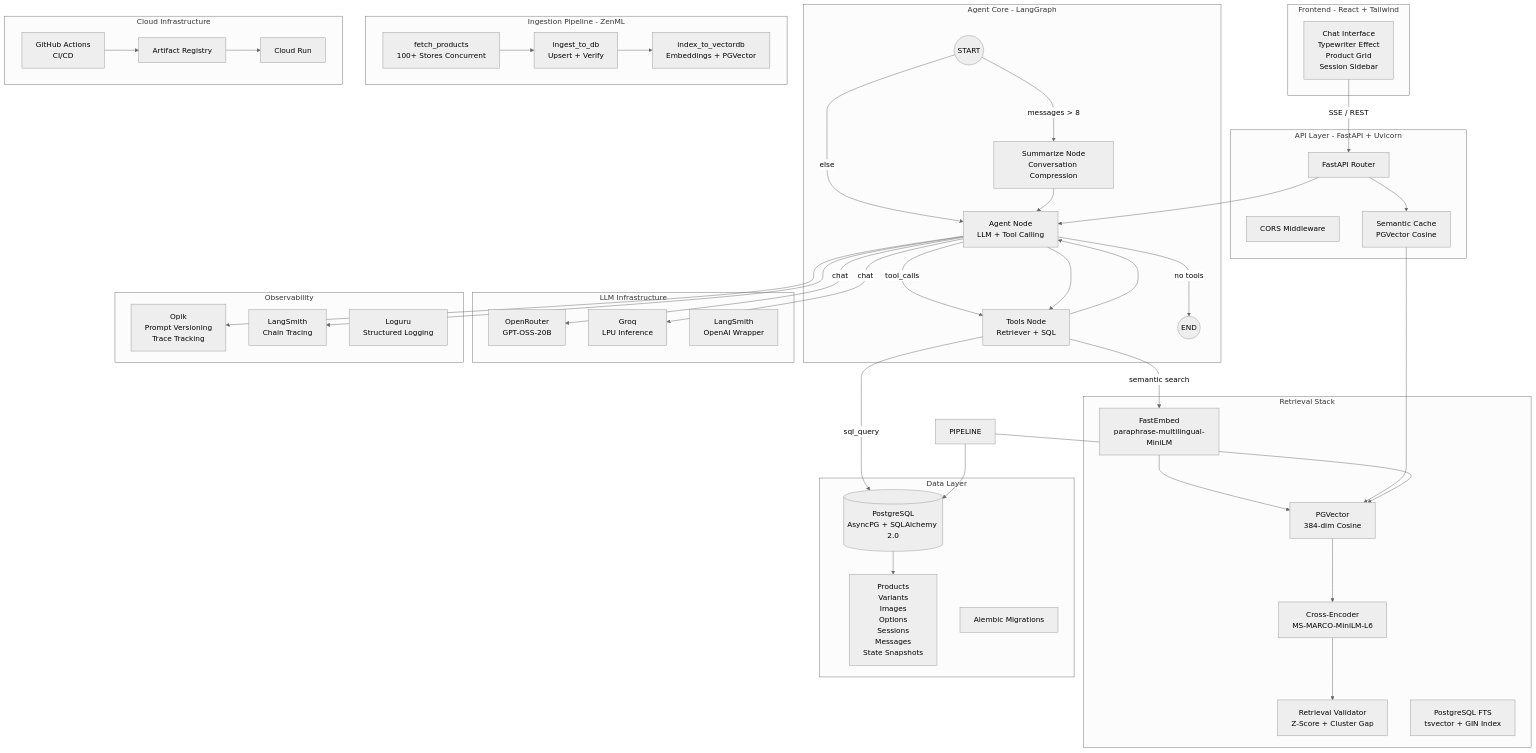
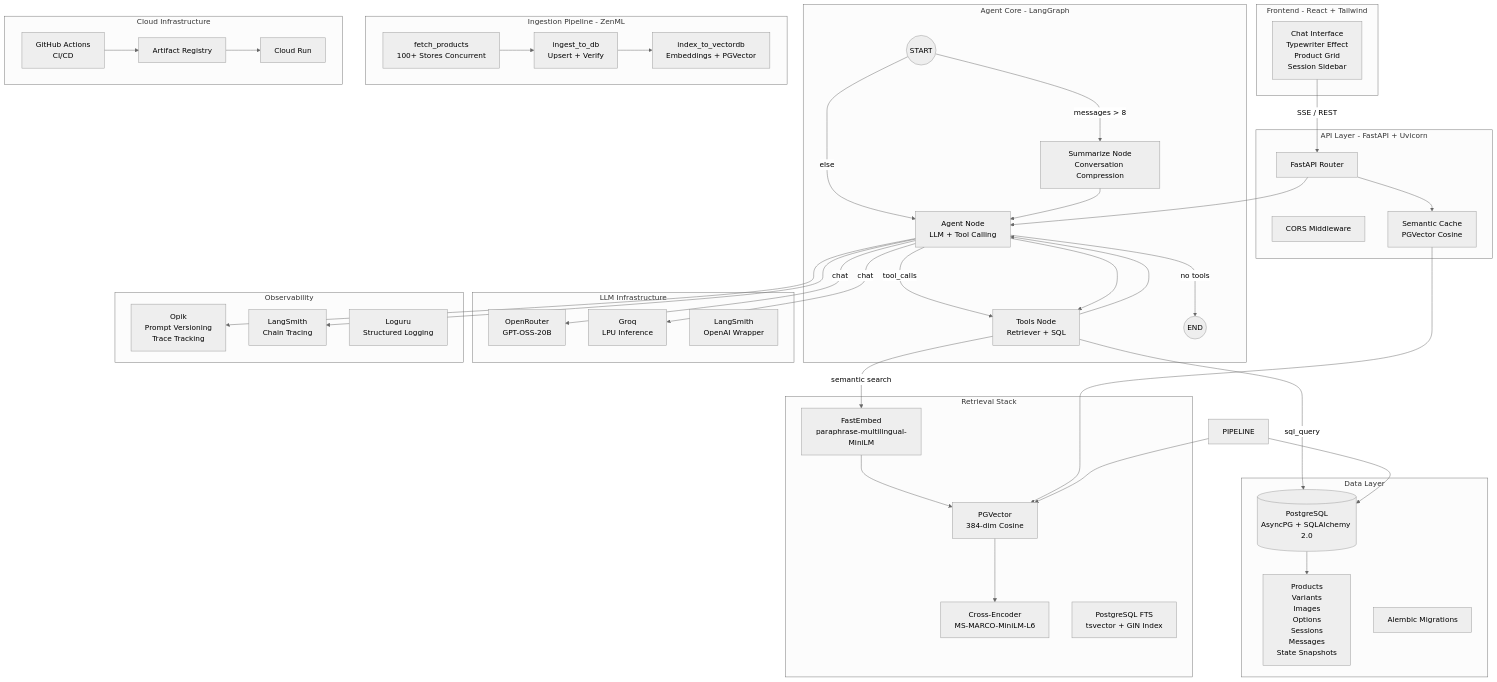
One commit to MohammedTawfikEldeeb/shopify-shopping-assistant-agent changed the first of 3 diagrams in README.md. Above: the diagram before and after it, drawn with Mermaid (neutral theme). The commit also changed other lines of this file and 3 other files, not shown here.

Commit message:
feat: Remove retrieval validation logic and update product retriever to filter by minimum rerank score

```diff
--- a/README.md
+++ b/README.md
@@ -83,7 +83,6 @@
         EMBED["FastEmbed<br/>paraphrase-multilingual-MiniLM"]
         PGV[PGVector<br/>384-dim Cosine]
         RERANK["Cross-Encoder<br/>MS-MARCO-MiniLM-L6"]
-        VALIDATE["Retrieval Validator<br/>Z-Score + Cluster Gap"]
         FTS[PostgreSQL FTS<br/>tsvector + GIN Index]
     end
 
@@ -125,7 +124,6 @@
     TOOLS -->|semantic search| EMBED
     EMBED --> PGV
     PGV --> RERANK
-    RERANK --> VALIDATE
     TOOLS -->|sql_query| DB
     AGENT -->|chat| OR
     AGENT -->|chat| GROQ
```
